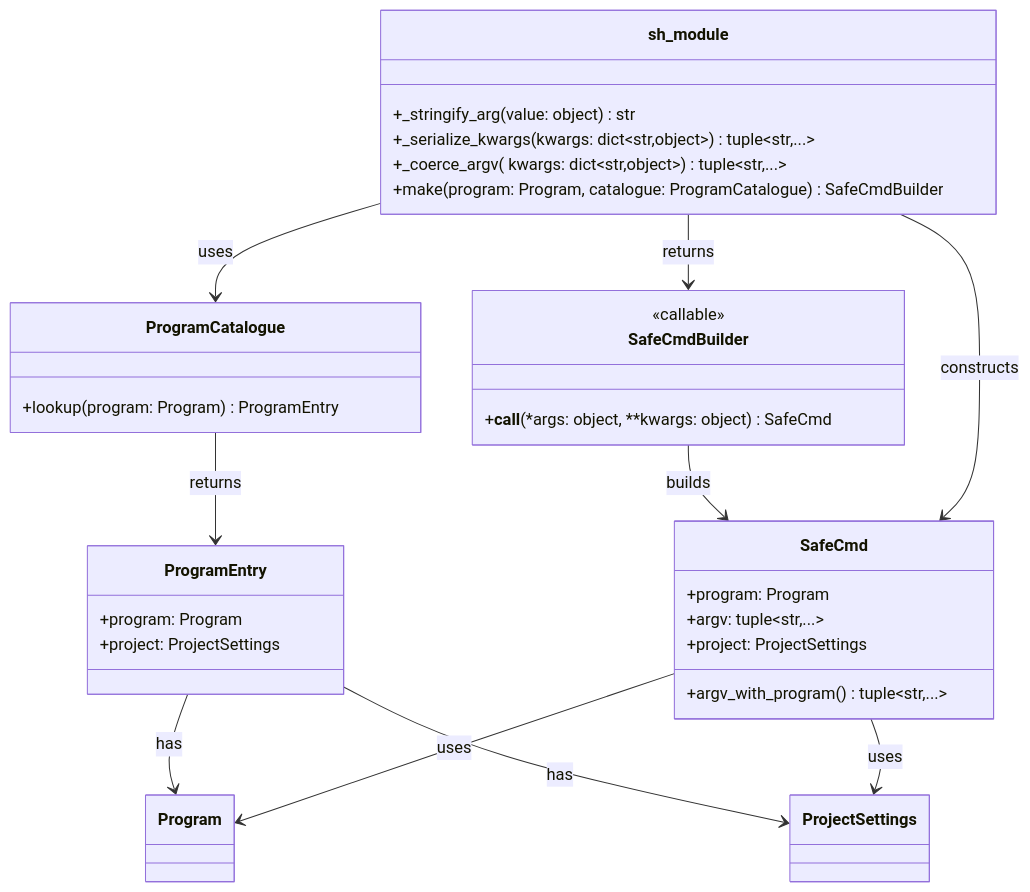
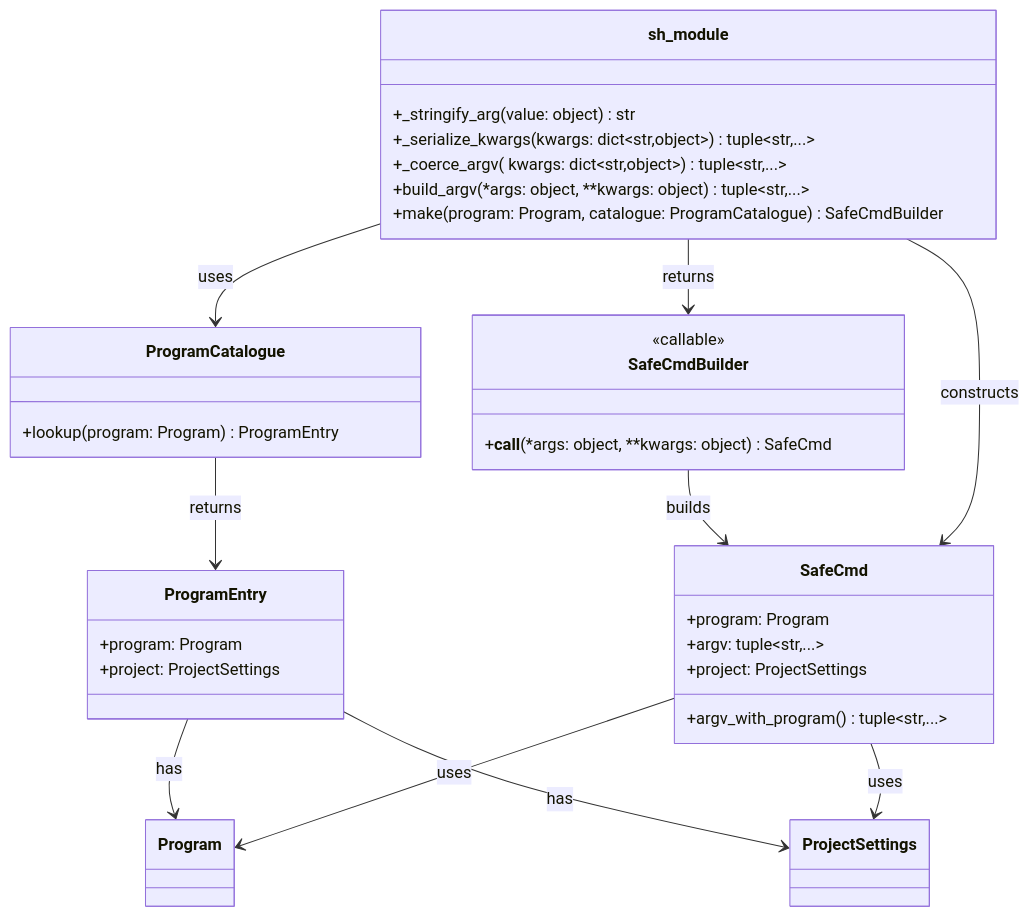
One commit to leynos/cuprum changed the first of 8 diagrams in docs/cuprum-design.md. Above: the diagram before and after it, drawn with Mermaid. The commit also changed other lines of this file and 20 other files, not shown here.

````diff
--- a/docs/cuprum-design.md
+++ b/docs/cuprum-design.md
@@ -533,49 +540,50 @@
 ```mermaid
 classDiagram
     class Program {
     }
 
     class ProjectSettings {
     }
 
     class ProgramCatalogue {
         +lookup(program: Program) ProgramEntry
     }
 
     class ProgramEntry {
         +program: Program
         +project: ProjectSettings
     }
 
     class SafeCmd {
         +program: Program
         +argv: tuple~str,...~
         +project: ProjectSettings
         +argv_with_program() tuple~str,...~
     }
 
     class SafeCmdBuilder {
         <<callable>>
         +__call__(*args: object, **kwargs: object) SafeCmd
     }
 
     class sh_module {
         +_stringify_arg(value: object) str
         +_serialize_kwargs(kwargs: dict~str,object~) tuple~str,...~
         +_coerce_argv(args: tuple~object,...~, kwargs: dict~str,object~) tuple~str,...~
+        +build_argv(*args: object, **kwargs: object) tuple~str,...~
         +make(program: Program, catalogue: ProgramCatalogue) SafeCmdBuilder
     }
 
     ProgramCatalogue --> ProgramEntry : returns
     ProgramEntry --> Program : has
     ProgramEntry --> ProjectSettings : has
 
     SafeCmd --> Program : uses
     SafeCmd --> ProjectSettings : uses
 
     SafeCmdBuilder --> SafeCmd : builds
 
     sh_module --> ProgramCatalogue : uses
     sh_module --> SafeCmdBuilder : returns
     sh_module --> SafeCmd : constructs
 ```
````
